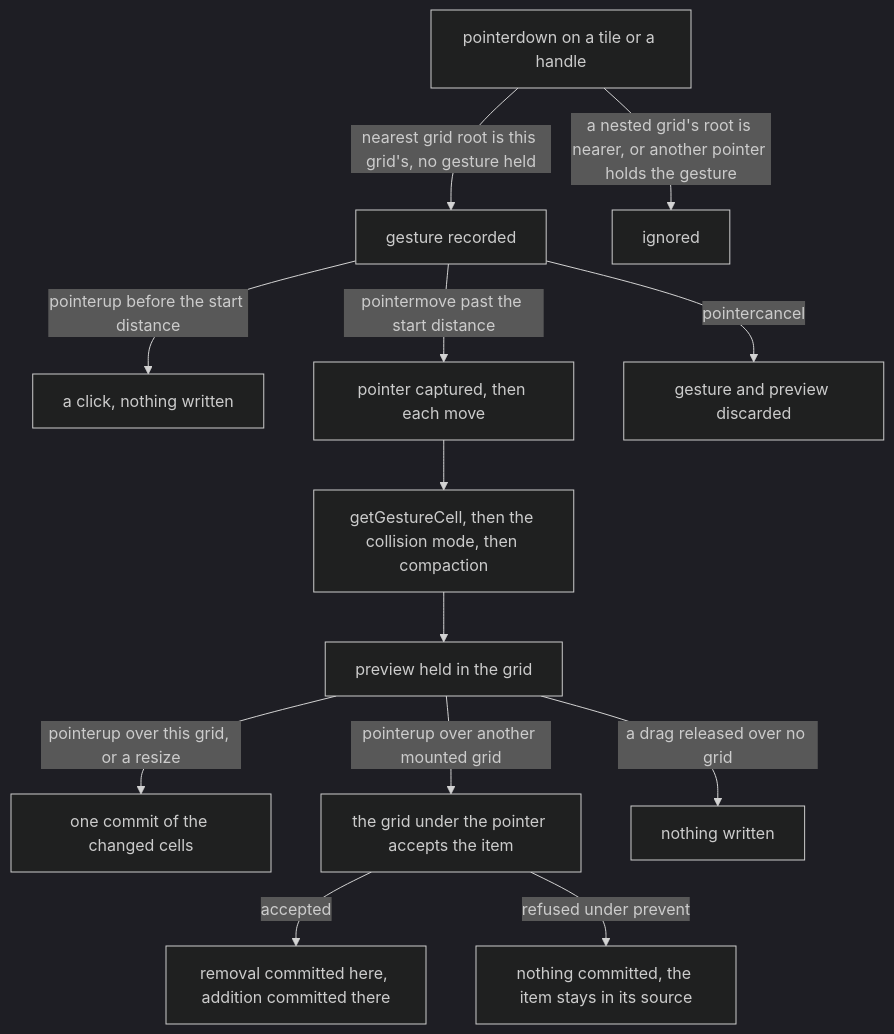
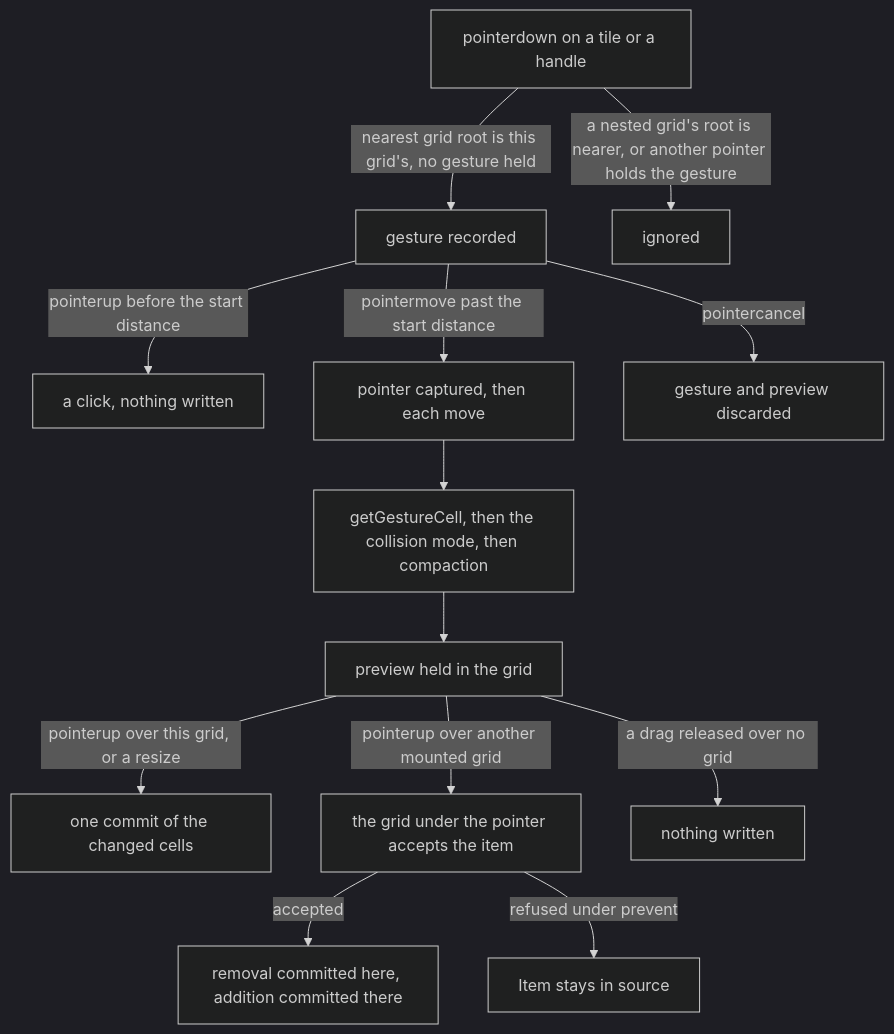
The diagram in openspec/specs/vue-grid-layout-headless/grid-layout/design.md (Esposter/Esposter), drawn with Mermaid (dark theme) before and after one commit. The commit also changed other lines of this file and 5 other files, not shown here.

````diff
--- a/openspec/specs/vue-grid-layout-headless/grid-layout/design.md
+++ b/openspec/specs/vue-grid-layout-headless/grid-layout/design.md
@@ -13,15 +13,15 @@
 ```mermaid
 flowchart TD
   press["pointerdown on a tile or a handle"] -->|"nearest grid root is this grid's, no gesture held"| gesture["gesture recorded"]
   press -->|"a nested grid's root is nearer, or another pointer holds the gesture"| ignored["ignored"]
   gesture -->|"pointerup before the start distance"| click["a click, nothing written"]
   gesture -->|"pointermove past the start distance"| captured["pointer captured, then each move"]
   captured --> cell["getGestureCell, then the collision mode, then compaction"]
   cell --> preview["preview held in the grid"]
   preview -->|"pointerup over this grid, or a resize"| commit["one commit of the changed cells"]
   preview -->|"pointerup over another mounted grid"| handoff["the grid under the pointer accepts the item"]
   handoff -->|"accepted"| transferred["removal committed here, addition committed there"]
-  handoff -->|"refused under prevent"| refused["nothing committed, the item stays in its source"]
+  handoff -->|"refused under prevent"| refused["Item stays in source"]
   preview -->|"a drag released over no grid"| dropped["nothing written"]
   gesture -->|"pointercancel"| discarded["gesture and preview discarded"]
 ```
````
